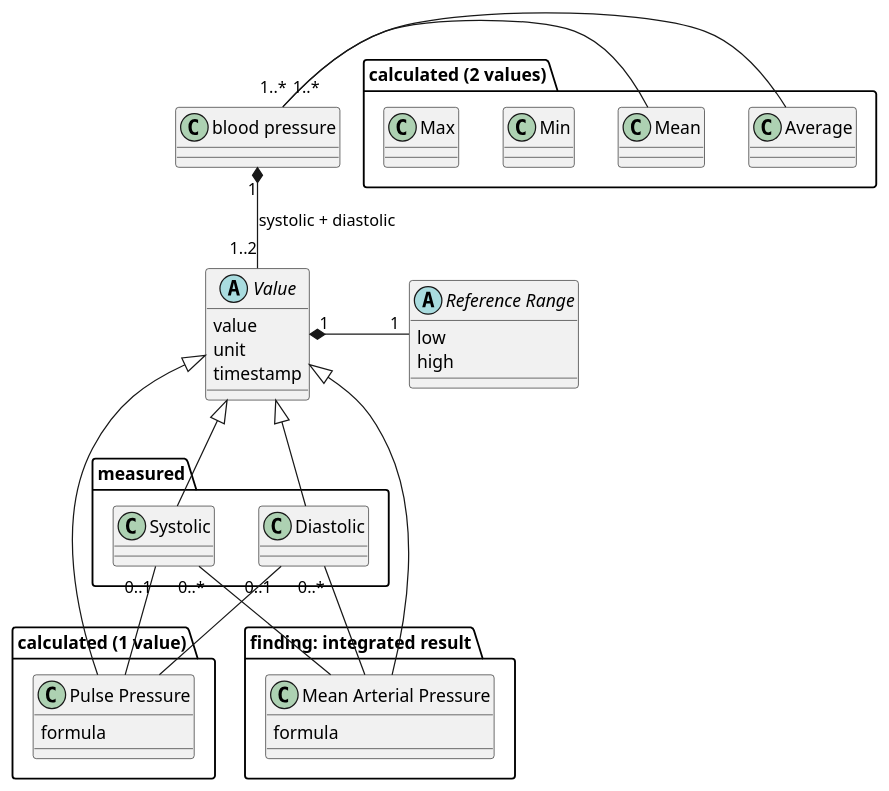
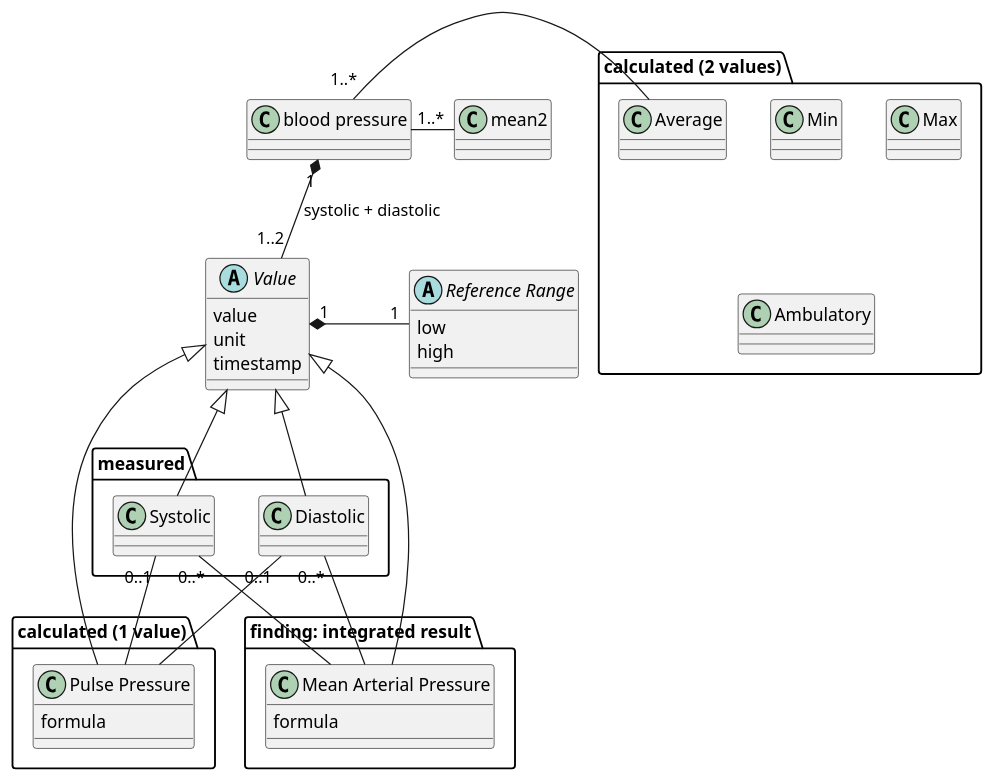
The diagram in input/images-source/calculation_model.plantuml (frankoemig/bloodpressure), drawn with PlantUML before and after one commit. The commit also changed 15 other files, not shown here.

```diff
--- a/input/images-source/calculation_model.plantuml
+++ b/input/images-source/calculation_model.plantuml
@@ -1,68 +1,68 @@
 @startuml
 
 
 class "blood pressure" as bp {
 
 }
 
 abstract class "Value" as value {
     value
     unit
     timestamp
 }
 
 abstract class "Reference Range" as range {
     low
     high
 }
 
 value "1" *-right- "1" range :  "             "
 
 package "measured" as measured {
     class "Systolic" as syst {
     }
 
     class "Diastolic" as diast {
     }
 }
 
 package "calculated (1 value)" as calc1 {
     class "Pulse Pressure" as pulse {
         formula
     }
 }
 
 package "calculated (2 values)" as calc2 {
     class "Average" as avg
-    class "Mean" as mean2
     class "Min" as min
     class "Max" as max
+    class "Ambulatory" as ambp
 }
 
 package "finding: integrated result" as integrated {
 
 class "Mean Arterial Pressure" as mean {
     formula
 }
 
 
 }
 
 bp "1" *-down- "1..2" value : systolic + diastolic
 
 syst "0..1" -- pulse
 diast "0..1" -- pulse
 
 syst "0..*" -- mean
 diast "0..*" -- mean
 
 
 value <|-- syst
 value <|-- diast
 value <|-- pulse
 value <|-- mean
 
 avg -left- "1..*" bp
 mean2 -left- "1..*" bp
 
 @enduml
```
